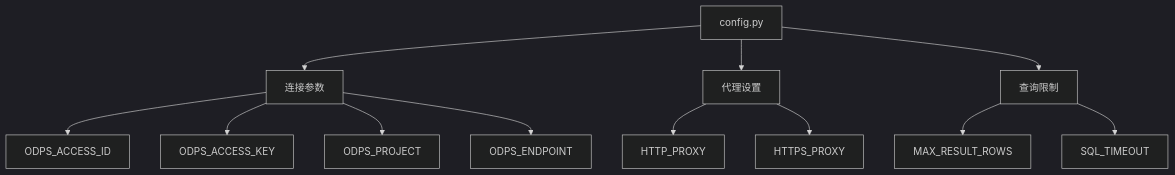
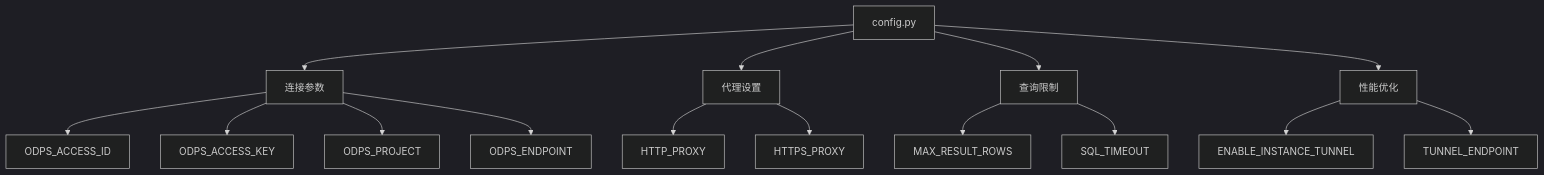
Before and after one commit to sd99886/test: the ninth of 10 diagrams in .qoder/repowiki/zh/content/Notebook使用指南.md, drawn with Mermaid (dark theme). The commit also changed other lines of this file and 195 other files, not shown here.

````diff
--- a/.qoder/repowiki/zh/content/Notebook使用指南.md
+++ b/.qoder/repowiki/zh/content/Notebook使用指南.md
@@ -316,14 +374,17 @@
 ```mermaid
 graph TB
 A[config.py] --> B[连接参数]
 A --> C[代理设置]
 A --> D[查询限制]
-B --> E[ODPS_ACCESS_ID]
-B --> F[ODPS_ACCESS_KEY]
-B --> G[ODPS_PROJECT]
-B --> H[ODPS_ENDPOINT]
-C --> I[HTTP_PROXY]
-C --> J[HTTPS_PROXY]
-D --> K[MAX_RESULT_ROWS]
-D --> L[SQL_TIMEOUT]
+A --> E[性能优化]
+B --> F[ODPS_ACCESS_ID]
+B --> G[ODPS_ACCESS_KEY]
+B --> H[ODPS_PROJECT]
+B --> I[ODPS_ENDPOINT]
+C --> J[HTTP_PROXY]
+C --> K[HTTPS_PROXY]
+D --> L[MAX_RESULT_ROWS]
+D --> M[SQL_TIMEOUT]
+E --> N[ENABLE_INSTANCE_TUNNEL]
+E --> O[TUNNEL_ENDPOINT]
 ```
````
